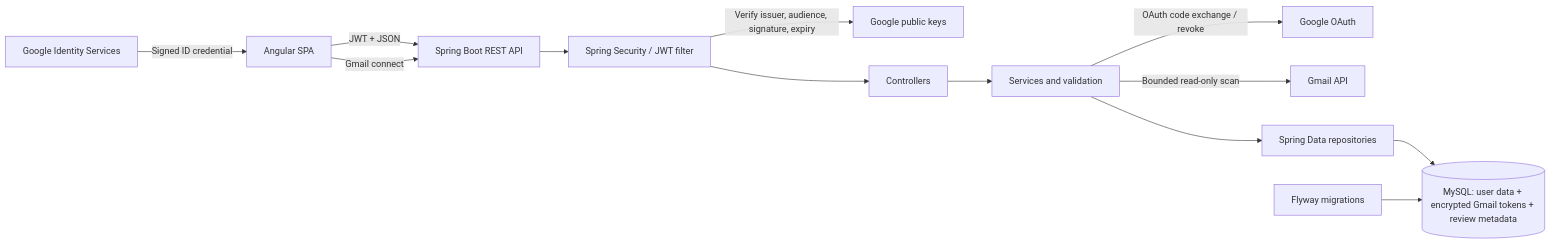
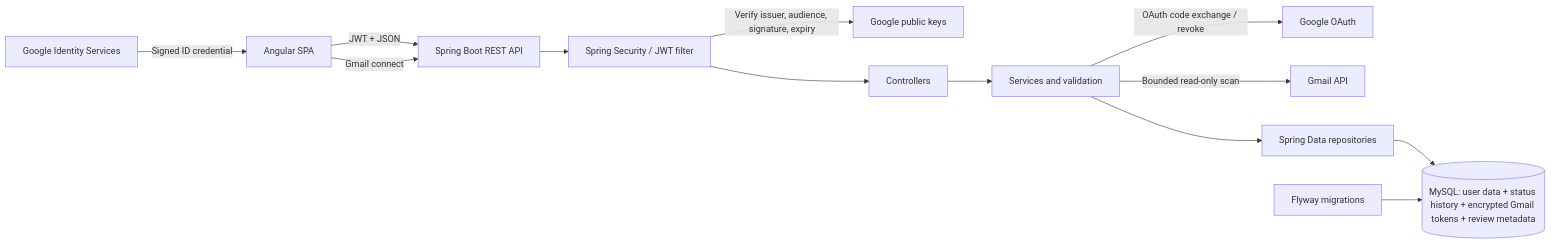
The diagram in README.md (NeelLogic/JobTrackr), drawn with Mermaid before and after one commit. The commit also changed other lines of this file, not shown here.

````diff
--- a/README.md
+++ b/README.md
@@ -43,15 +49,15 @@
 ```mermaid
 flowchart LR
     GIS["Google Identity Services"] -->|"Signed ID credential"| UI
     UI["Angular SPA"] -->|"JWT + JSON"| API["Spring Boot REST API"]
     UI -->|"Gmail connect"| API
     API --> SEC["Spring Security / JWT filter"]
     SEC -->|"Verify issuer, audience, signature, expiry"| GKEYS["Google public keys"]
     SEC --> CTRL["Controllers"]
     CTRL --> SVC["Services and validation"]
     SVC -->|"OAuth code exchange / revoke"| GOAUTH["Google OAuth"]
     SVC -->|"Bounded read-only scan"| GMAIL["Gmail API"]
     SVC --> REPO["Spring Data repositories"]
-    REPO --> DB[("MySQL: user data + encrypted Gmail tokens + review metadata")]
+    REPO --> DB[("MySQL: user data + status history + encrypted Gmail tokens + review metadata")]
     FLY["Flyway migrations"] --> DB
 ```
````
